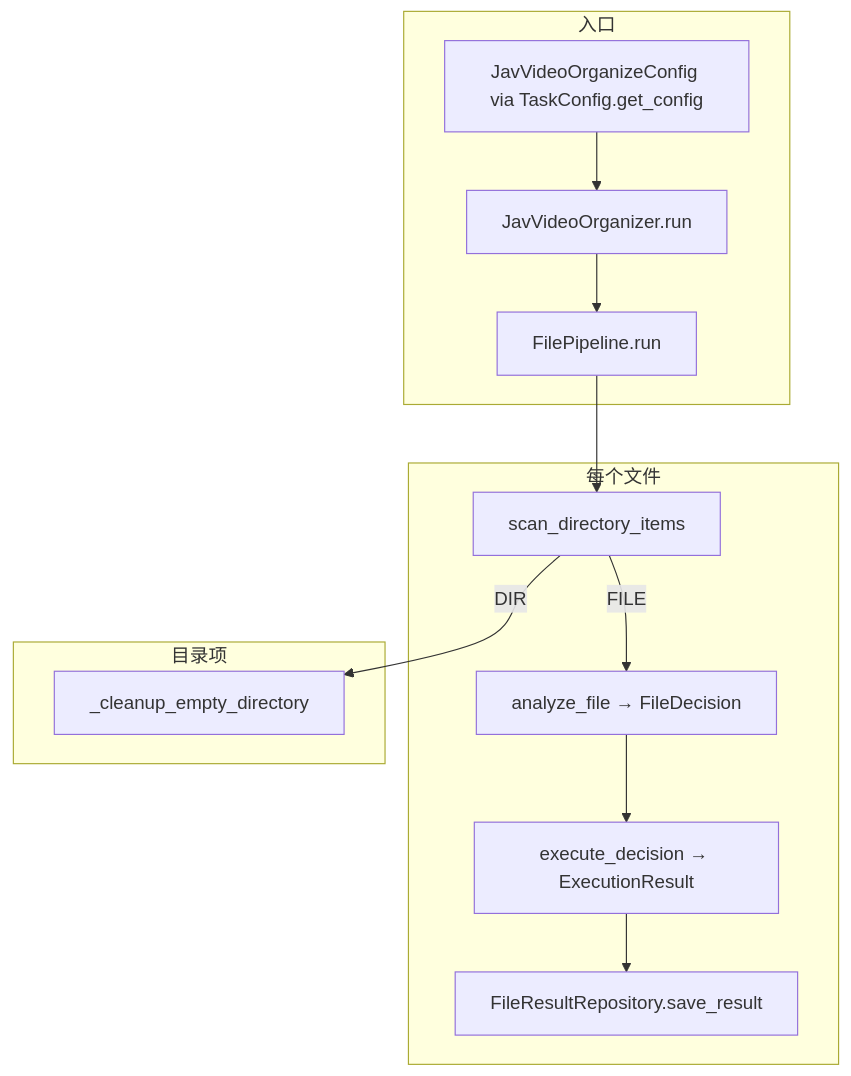
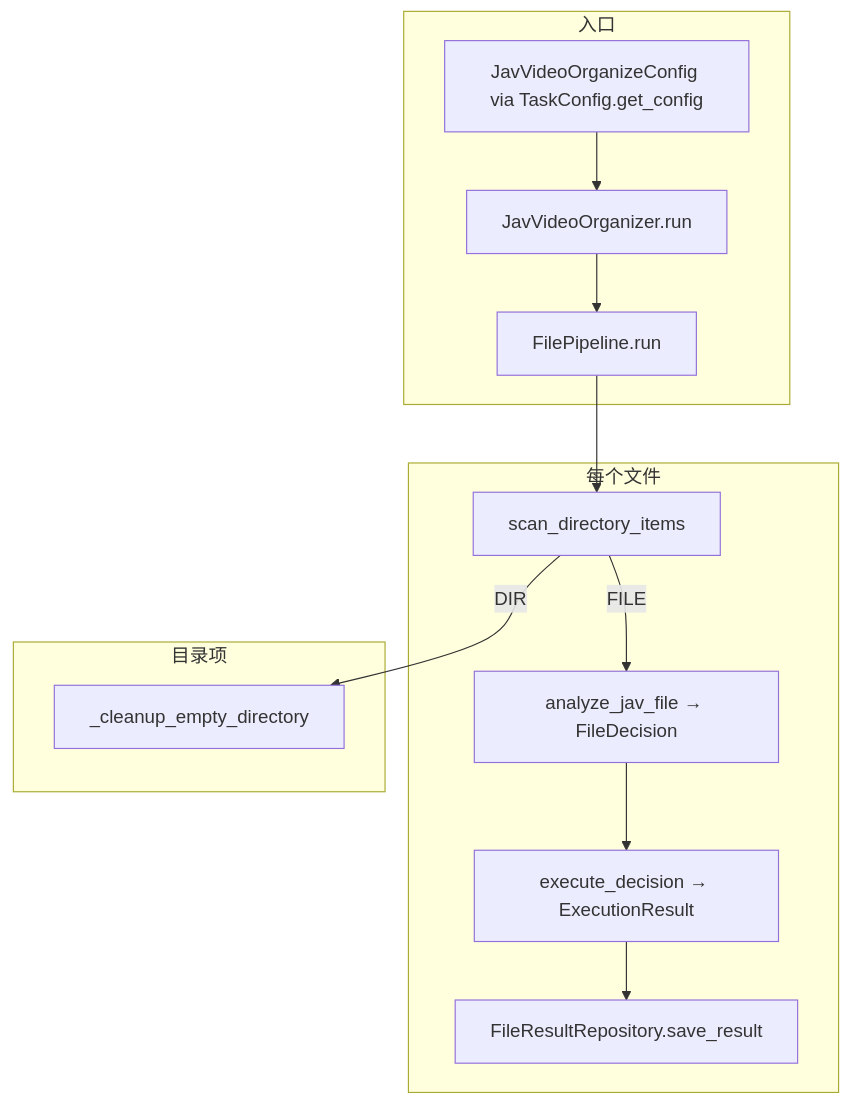
Before and after one commit to watchzerg/j-file-kit: the diagram in docs/JAV_VIDEO_PROCESSING_PIPELINE.md, drawn with Mermaid. The commit also changed other lines of this file and 28 other files, not shown here.

````diff
--- a/docs/JAV_VIDEO_PROCESSING_PIPELINE.md
+++ b/docs/JAV_VIDEO_PROCESSING_PIPELINE.md
@@ -15,21 +15,21 @@
 ```mermaid
 flowchart TB
   subgraph entry [入口]
     CFG[JavVideoOrganizeConfig via TaskConfig.get_config]
     JVO[JavVideoOrganizer.run]
     PL[FilePipeline.run]
   end
   subgraph per_file [每个文件]
     SC[scan_directory_items]
-    AF[analyze_file → FileDecision]
+    AF[analyze_jav_file → FileDecision]
     EX[execute_decision → ExecutionResult]
     DB[FileResultRepository.save_result]
   end
   subgraph post_dir [目录项]
     CL[_cleanup_empty_directory]
   end
   CFG --> JVO --> PL
   PL --> SC
   SC -->|FILE| AF --> EX --> DB
   SC -->|DIR| CL
 ```
````
